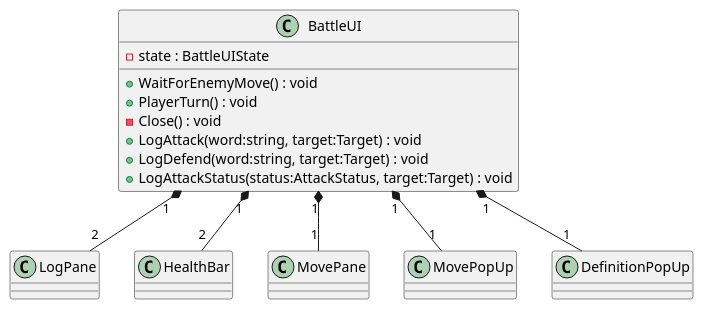
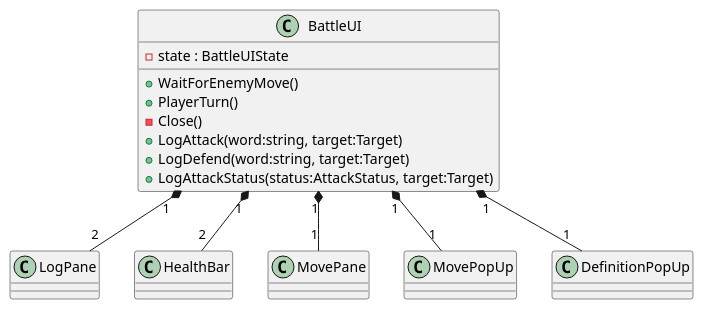
Before and after one commit to Leximon-SWE-2025/Leximon: the diagram in PlantUML/scenes/BattleUI.puml, drawn with PlantUML. The commit also changed 16 other files, not shown here.

```diff
--- a/PlantUML/scenes/BattleUI.puml
+++ b/PlantUML/scenes/BattleUI.puml
@@ -1,30 +1,30 @@
 @startuml BattleUI
 class BattleUI{
     ' - enemyHealthBar : HealthBar
     ' - playerHealthBar : HealthBar
     ' - enemyLogPane : LogPane
     ' - playerLogPane : LogPane
     - state : BattleUIState
     ' - movePane : MovePane
     ' - DefinitionPopup : DefinitionPopUp
     ' - MovePopup : MovePopUp
-    ' + <<override>> _Ready() : void
-    + WaitForEnemyMove() : void
-    + PlayerTurn() : void
-    - Close() : void
+    ' + <<override>> _Ready() 
+    + WaitForEnemyMove() 
+    + PlayerTurn() 
+    - Close() 
     ' - GetLogPane(target:Target) : LogPane
-    + LogAttack(word:string, target:Target) : void
-    + LogDefend(word:string, target:Target) : void
-    + LogAttackStatus(status:AttackStatus, target:Target) : void
+    + LogAttack(word:string, target:Target) 
+    + LogDefend(word:string, target:Target) 
+    + LogAttackStatus(status:AttackStatus, target:Target) 
 }
 ' Control <|-- BattleUI
 
 BattleUI "1" *-- "2" LogPane
 BattleUI "1" *-- "2" HealthBar
 BattleUI "1" *-- "1" MovePane
 BattleUI "1" *-- "1" MovePopUp
 BattleUI "1" *-- "1" DefinitionPopUp
 
 
 ' BattleUI "1" *-- "1" BattleUIState
 @enduml
```
